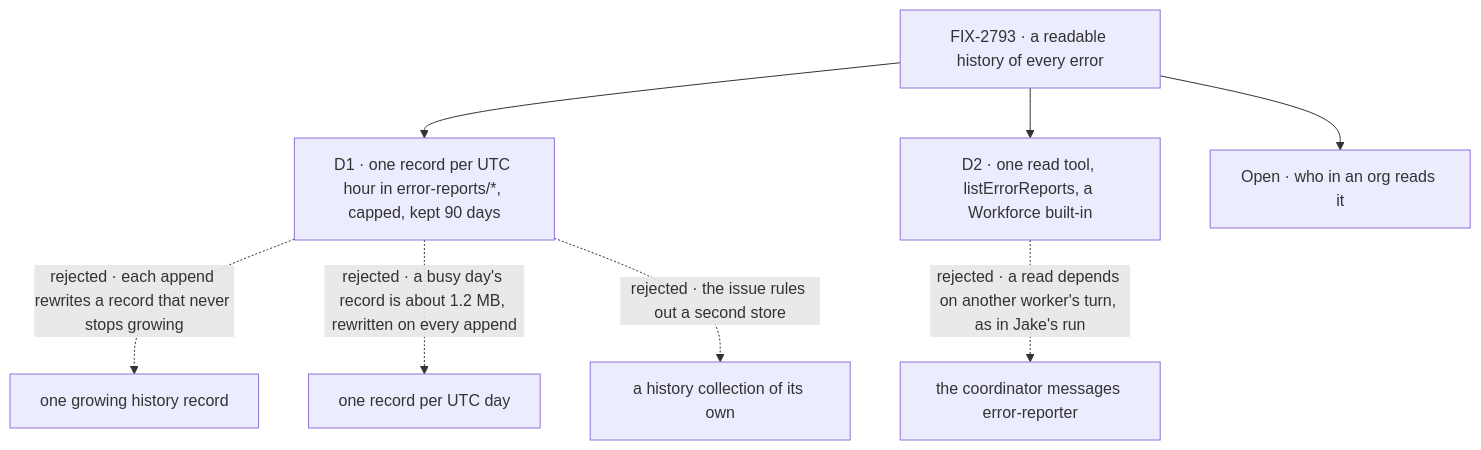
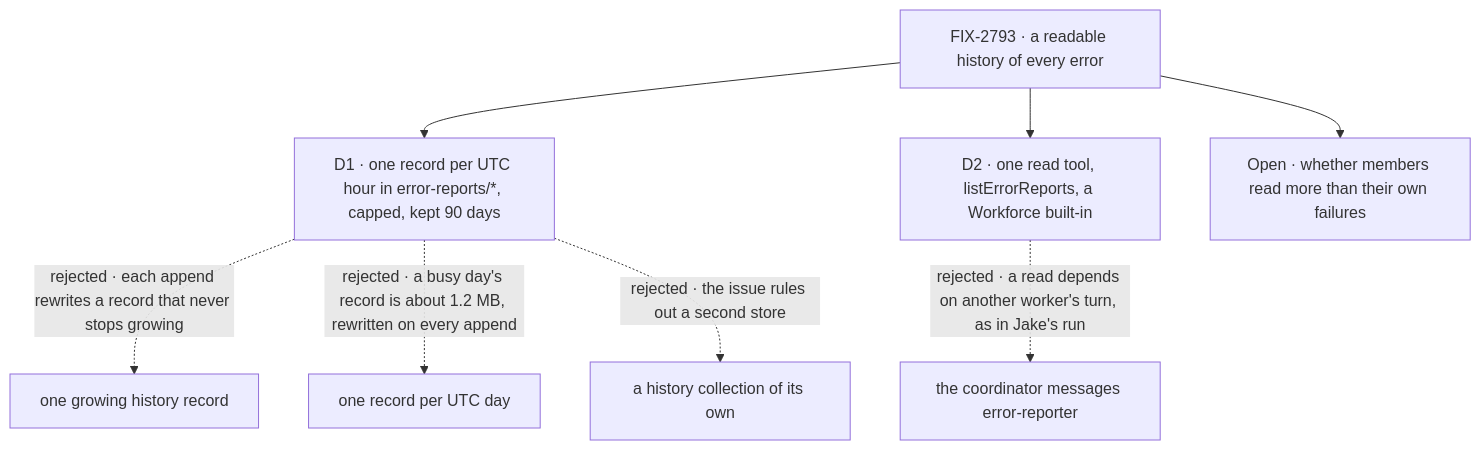
The diagram in specs/issues/FIX-2793/DECISIONS.md (fixpoint-labs/flow-state-dev), drawn with Mermaid before and after one commit. The commit also changed other lines of this file and 3 other files, not shown here.

````diff
--- a/specs/issues/FIX-2793/DECISIONS.md
+++ b/specs/issues/FIX-2793/DECISIONS.md
@@ -12,10 +12,10 @@
 ```mermaid
 flowchart TD
   I["FIX-2793 · a readable history of every error"] --> D1["D1 · one record per UTC hour in error-reports/*, capped, kept 90 days"]
   D1 -.->|"rejected · each append rewrites a record that never stops growing"| X1["one growing history record"]
   D1 -.->|"rejected · a busy day's record is about 1.2 MB, rewritten on every append"| X1c["one record per UTC day"]
   D1 -.->|"rejected · the issue rules out a second store"| X1b["a history collection of its own"]
   I --> D2["D2 · one read tool, listErrorReports, a Workforce built-in"]
   D2 -.->|"rejected · a read depends on another worker's turn, as in Jake's run"| X2["the coordinator messages error-reporter"]
-  I --> O1["Open · who in an org reads it"]
+  I --> O1["Open · whether members read more than their own failures"]
 ```
````
